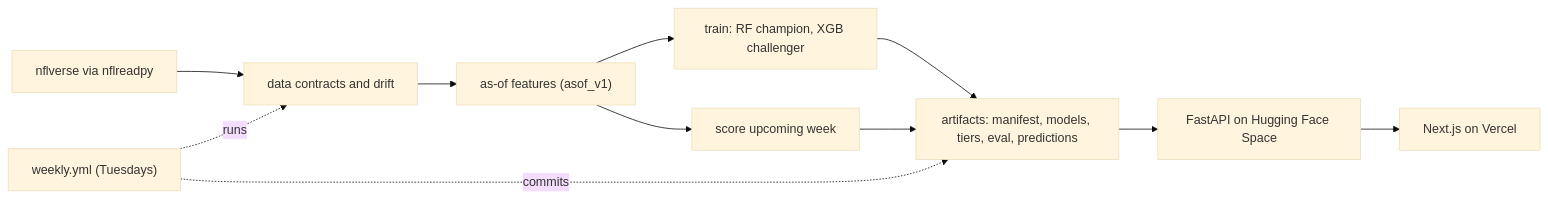
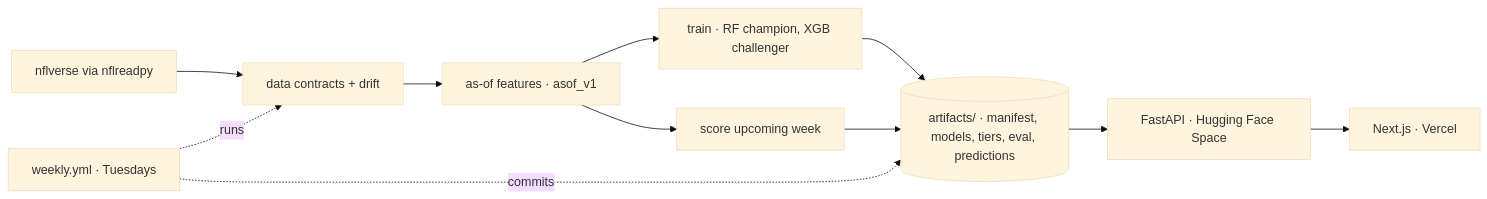
The diagram in README.md (cbratkovics/fantasy-football-ai), drawn with Mermaid (base theme) before and after one commit. The commit also changed other lines of this file and 1 other file, not shown here.

````diff
--- a/README.md
+++ b/README.md
@@ -64,13 +128,13 @@
 ```mermaid
 flowchart LR
-  N["nflverse via nflreadpy"] --> C["data contracts and drift"]
-  C --> F["as-of features (asof_v1)"]
-  F --> T["train: RF champion, XGB challenger"]
+  N["nflverse via nflreadpy"] --> C["data contracts + drift"]
+  C --> F["as-of features · asof_v1"]
+  F --> T["train · RF champion, XGB challenger"]
   F --> S["score upcoming week"]
-  T --> A["artifacts: manifest, models, tiers, eval, predictions"]
+  T --> A[("artifacts/ · manifest, models, tiers, eval, predictions")]
   S --> A
-  A --> API["FastAPI on Hugging Face Space"]
-  API --> UI["Next.js on Vercel"]
-  W["weekly.yml (Tuesdays)"] -. runs .-> C
+  A --> API["FastAPI · Hugging Face Space"]
+  API --> UI["Next.js · Vercel"]
+  W["weekly.yml · Tuesdays"] -. runs .-> C
   W -. commits .-> A
 ```
````
